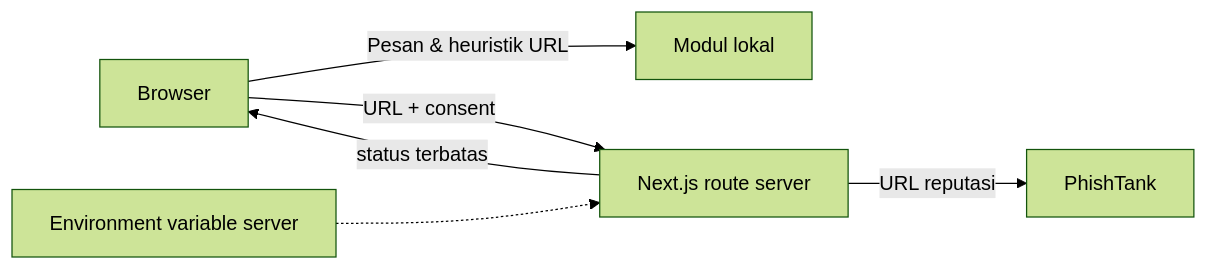
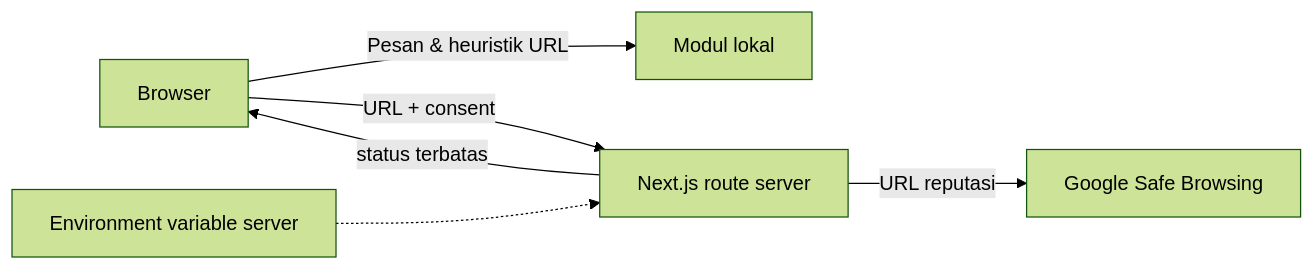
Before and after one commit to hissyam90/saring-app: the diagram in docs/SECURITY-AND-PRIVACY.md, drawn with Mermaid (forest theme). The commit also changed other lines of this file and 19 other files, not shown here.

First line of the commit message:
feat(reputation): ganti PhishTank dengan Google Safe Browsing

````diff
--- a/docs/SECURITY-AND-PRIVACY.md
+++ b/docs/SECURITY-AND-PRIVACY.md
@@ -12,8 +12,8 @@
 ```mermaid
 flowchart LR
   B[Browser] -->|Pesan & heuristik URL| Local[Modul lokal]
   B -->|URL + consent| S[Next.js route server]
-  S -->|URL reputasi| P[PhishTank]
+  S -->|URL reputasi| P[Google Safe Browsing]
   Env[Environment variable server] -.-> S
   S -->|status terbatas| B
 ```
````
